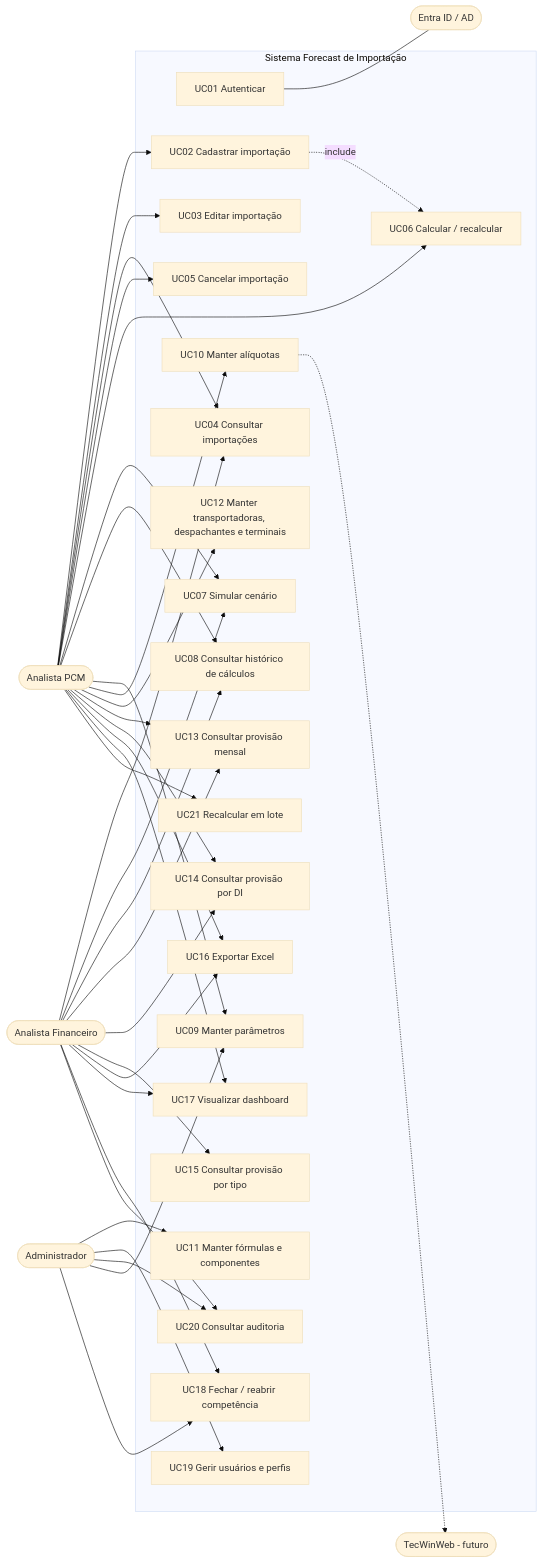
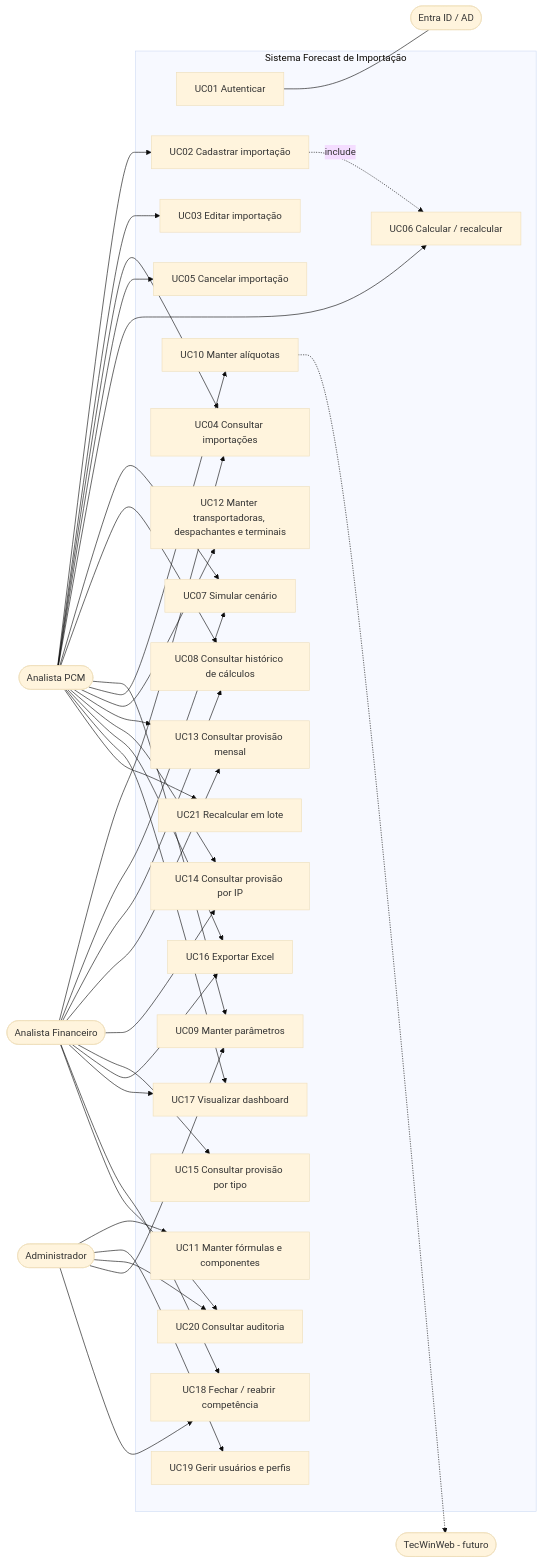
One commit to Wasion-it/forescatcost changed the diagram in docs/02-casos-de-uso.md. Above: the diagram before and after it, drawn with Mermaid (base theme). The commit also changed other lines of this file and 23 other files, not shown here.

````diff
--- a/docs/02-casos-de-uso.md
+++ b/docs/02-casos-de-uso.md
@@ -16,39 +16,39 @@
 ```mermaid
 flowchart LR
     PCM([Analista PCM])
     FIN([Analista Financeiro])
     ADM([Administrador])
     IDP([Entra ID / AD])
     TEC([TecWinWeb - futuro])
 
     subgraph SYS[Sistema Forecast de Importação]
         UC01[UC01 Autenticar]
         UC02[UC02 Cadastrar importação]
         UC03[UC03 Editar importação]
         UC04[UC04 Consultar importações]
         UC05[UC05 Cancelar importação]
         UC06[UC06 Calcular / recalcular]
         UC07[UC07 Simular cenário]
         UC08[UC08 Consultar histórico de cálculos]
         UC09[UC09 Manter parâmetros]
         UC10[UC10 Manter alíquotas]
         UC11[UC11 Manter fórmulas e componentes]
         UC12[UC12 Manter transportadoras, despachantes e terminais]
         UC13[UC13 Consultar provisão mensal]
-        UC14[UC14 Consultar provisão por DI]
+        UC14[UC14 Consultar provisão por IP]
         UC15[UC15 Consultar provisão por tipo]
         UC16[UC16 Exportar Excel]
         UC17[UC17 Visualizar dashboard]
         UC18[UC18 Fechar / reabrir competência]
         UC19[UC19 Gerir usuários e perfis]
         UC20[UC20 Consultar auditoria]
         UC21[UC21 Recalcular em lote]
     end
 
     PCM --> UC02 & UC03 & UC04 & UC05 & UC06 & UC07 & UC08 & UC09 & UC10 & UC12 & UC13 & UC14 & UC16 & UC17 & UC21
     FIN --> UC04 & UC07 & UC08 & UC13 & UC14 & UC15 & UC16 & UC17 & UC18 & UC20
     ADM --> UC11 & UC19 & UC20 & UC09 & UC18
     UC01 --- IDP
     UC10 -.-> TEC
     UC02 -. include .-> UC06
 ```
````
